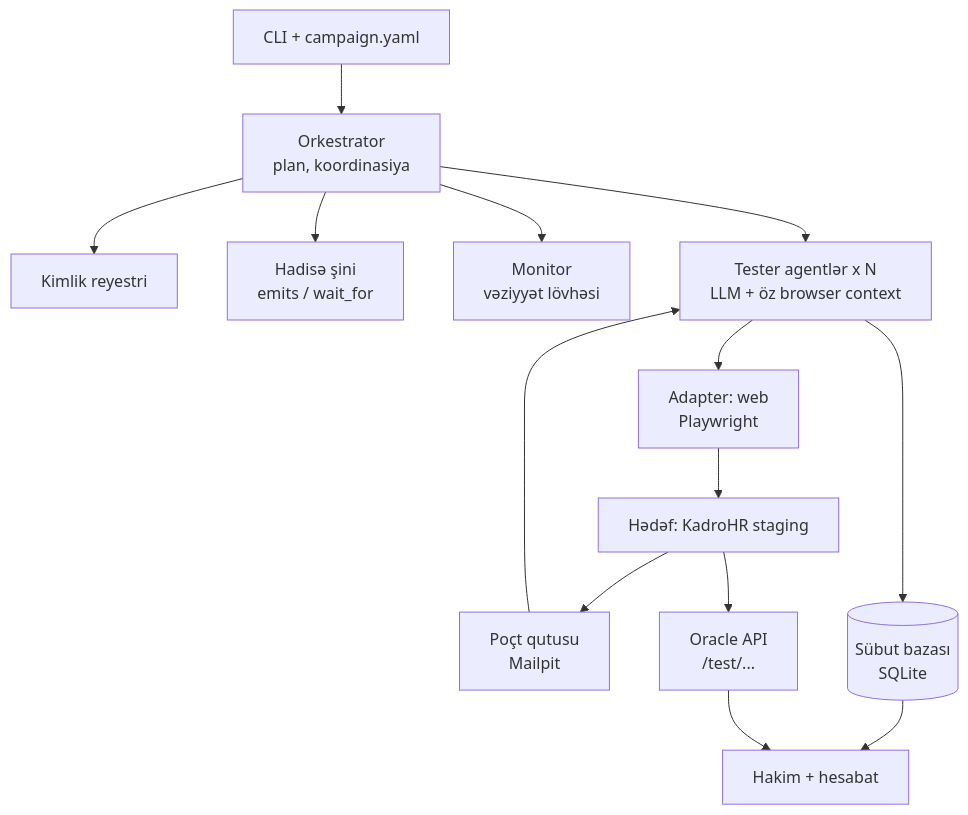
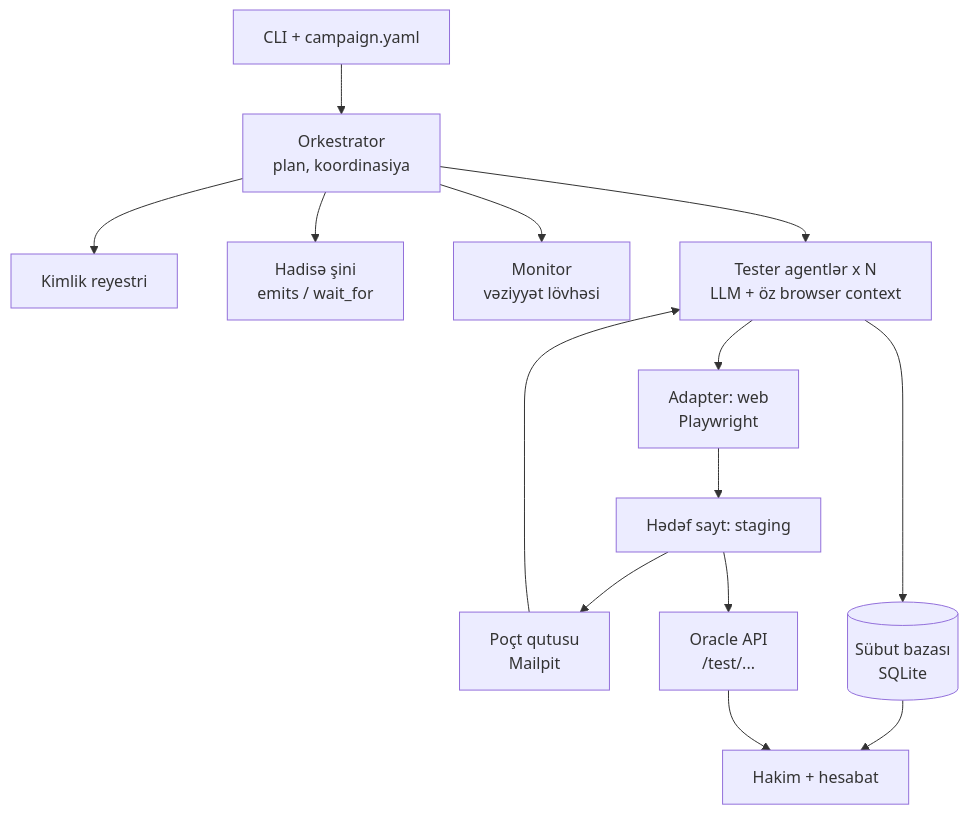
The diagram in docs/PLAN.md (aslan564/Petek), drawn with Mermaid before and after one commit. The commit also changed other lines of this file and 189 other files, not shown here.

````diff
--- a/docs/PLAN.md
+++ b/docs/PLAN.md
@@ -46,16 +46,16 @@
 ```mermaid
 flowchart TD
   CLI[CLI + campaign.yaml] --> ORK[Orkestrator<br/>plan, koordinasiya]
   ORK --> REG[Kimlik reyestri]
   ORK --> BUS[Hadisə şini<br/>emits / wait_for]
   ORK --> MON[Monitor<br/>vəziyyət lövhəsi]
   ORK --> AG[Tester agentlər x N<br/>LLM + öz browser context]
   AG --> AD[Adapter: web<br/>Playwright]
-  AD --> T[Hədəf: KadroHR staging]
+  AD --> T[Hədəf sayt: staging]
   T --> MAIL[Poçt qutusu<br/>Mailpit]
   MAIL --> AG
   AG --> EV[(Sübut bazası<br/>SQLite)]
   T --> ORC[Oracle API<br/>/test/...]
   EV --> J[Hakim + hesabat]
   ORC --> J
 ```
````
